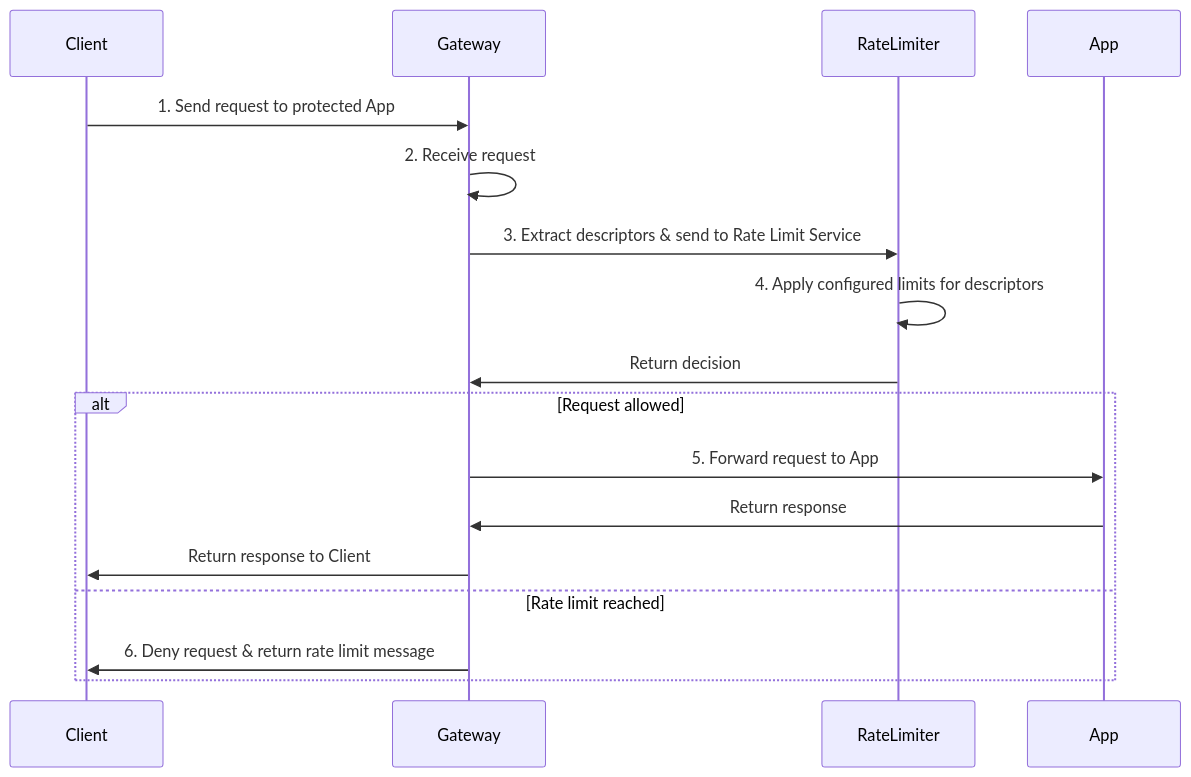
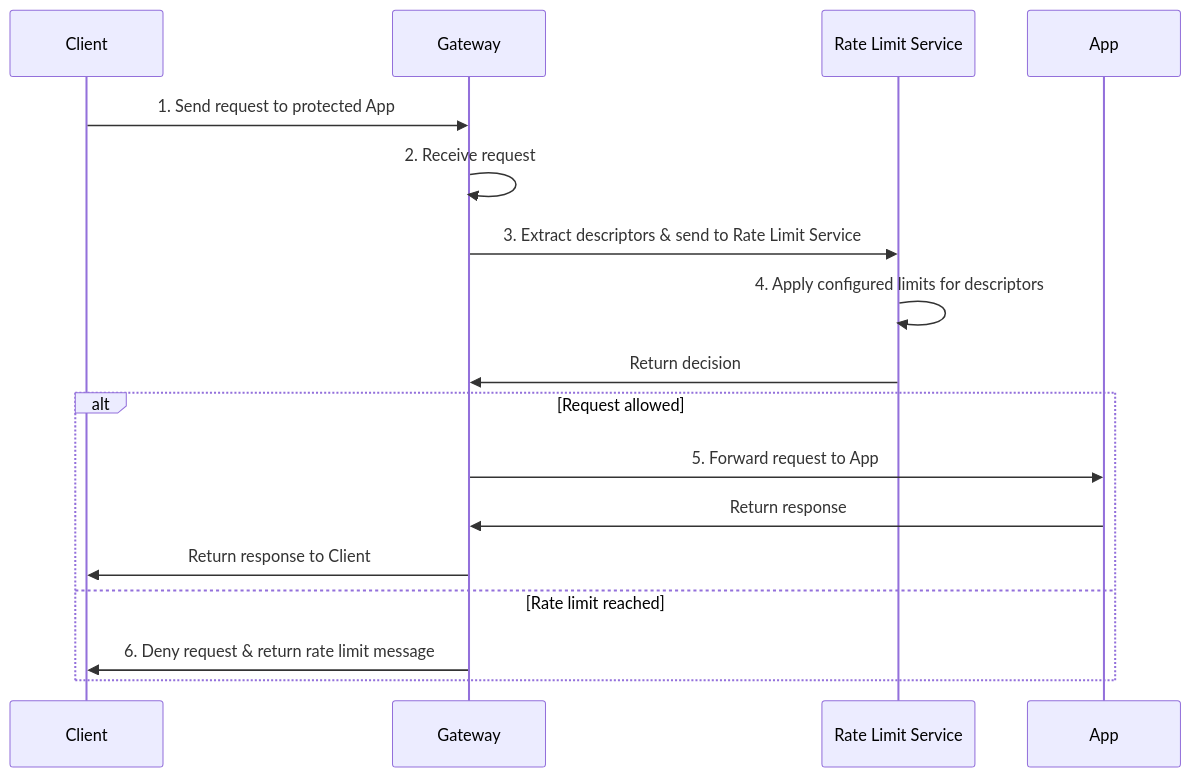
One commit to agentgateway/website changed the diagram in assets/agw-docs/pages/security/rate-limit-global.md. Above: the diagram before and after it, drawn with Mermaid. The commit also changed other lines of this file and 15 other files, not shown here.

````diff
--- a/assets/agw-docs/pages/security/rate-limit-global.md
+++ b/assets/agw-docs/pages/security/rate-limit-global.md
@@ -32,20 +32,20 @@
 ```mermaid
 sequenceDiagram
     participant Client
     participant Gateway
-    participant RateLimiter
+    participant RateLimiter as Rate Limit Service
     participant App
 
     Client->>Gateway: 1. Send request to protected App
     Gateway->>Gateway: 2. Receive request
     Gateway->>RateLimiter: 3. Extract descriptors & send to Rate Limit Service
     RateLimiter->>RateLimiter: 4. Apply configured limits for descriptors
     RateLimiter->>Gateway: Return decision
     alt Request allowed
         Gateway->>App: 5. Forward request to App
         App->>Gateway: Return response
         Gateway->>Client: Return response to Client
     else Rate limit reached
         Gateway->>Client: 6. Deny request & return rate limit message
     end
 ```
````
